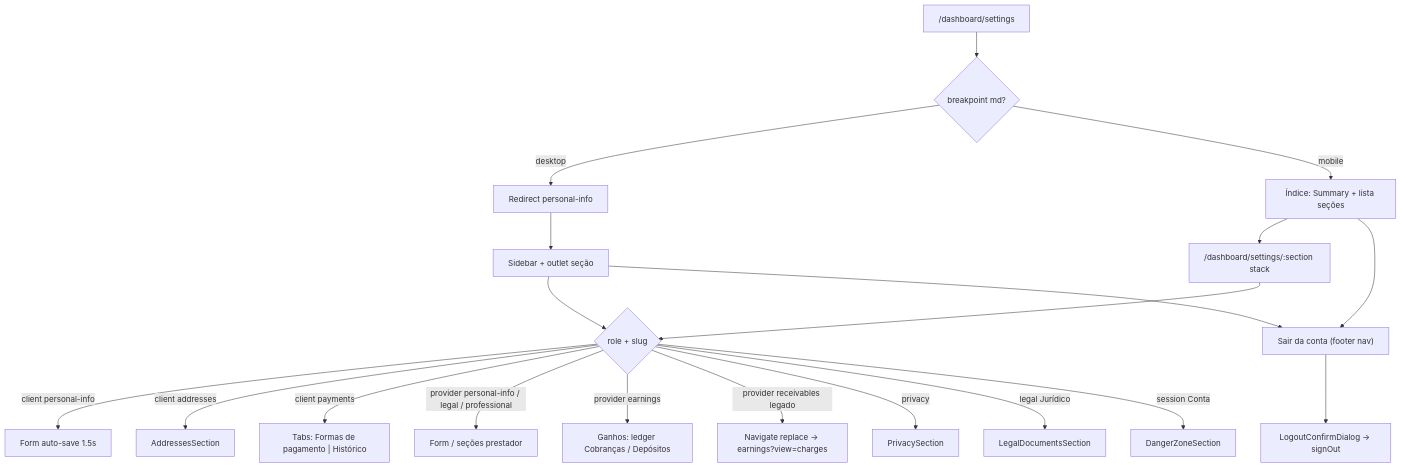
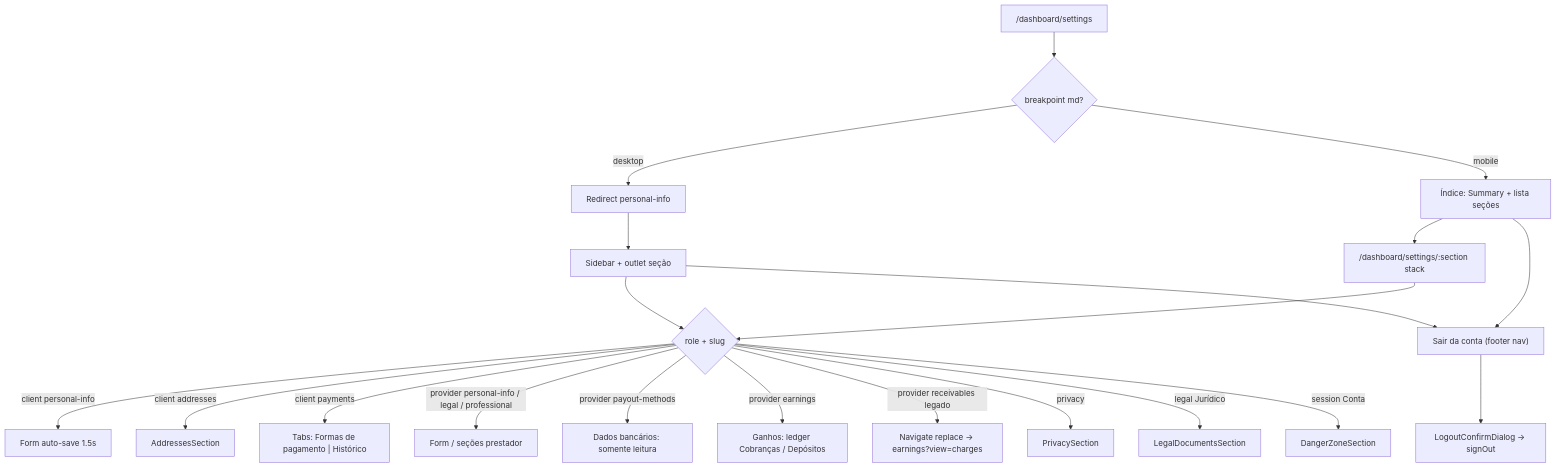
One commit to higorpo/renovi-orbit-test changed the diagram in docs/business/modulos/settings/features/configuracoes.md. Above: the diagram before and after it, drawn with Mermaid. The commit also changed other lines of this file and 26 other files, not shown here.

````diff
--- a/docs/business/modulos/settings/features/configuracoes.md
+++ b/docs/business/modulos/settings/features/configuracoes.md
@@ -57,22 +57,23 @@
 ```mermaid
 flowchart TD
   A["/dashboard/settings"] --> B{breakpoint md?}
   B -->|desktop| C["Redirect personal-info"]
   B -->|mobile| D["Índice: Summary + lista seções"]
   D --> E["/dashboard/settings/:section stack"]
   C --> F["Sidebar + outlet seção"]
   E --> G{role + slug}
   F --> G
   G -->|client personal-info| H[Form auto-save 1.5s]
   G -->|client addresses| I[AddressesSection]
   G -->|client payments| J["Tabs: Formas de pagamento | Histórico"]
   G -->|provider personal-info / legal / professional| K[Form / seções prestador]
+  G -->|provider payout-methods| PM[Dados bancários: somente leitura]
   G -->|provider earnings| M[Ganhos: ledger Cobranças / Depósitos]
   G -->|provider receivables legado| L["Navigate replace → earnings?view=charges"]
   G -->|privacy| N[PrivacySection]
   G -->|legal Jurídico| R[LegalDocumentsSection]
   G -->|session Conta| O[DangerZoneSection]
   D --> P["Sair da conta (footer nav)"]
   F --> P
   P --> Q["LogoutConfirmDialog → signOut"]
 ```
````
